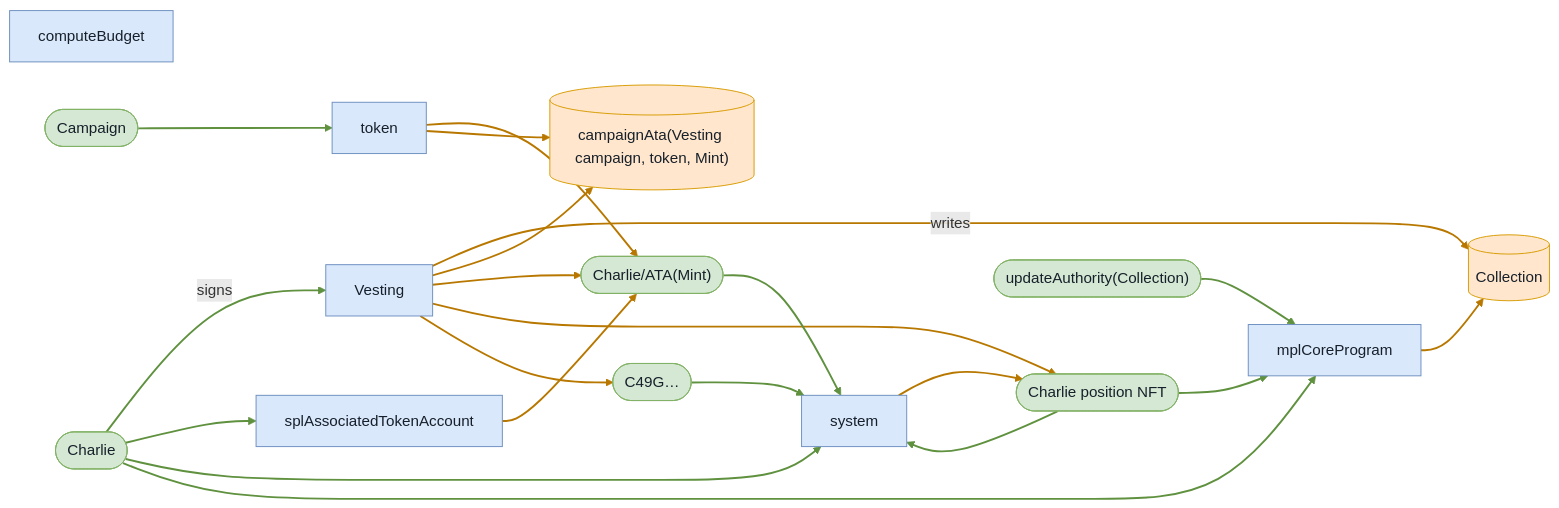
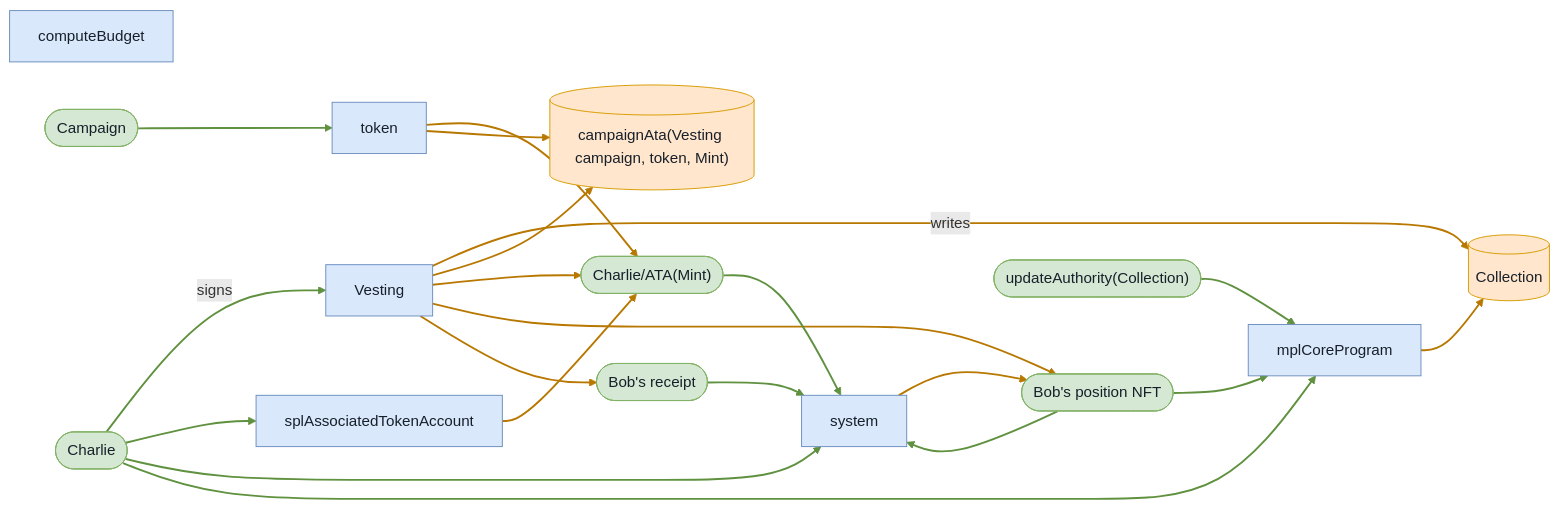
One commit to cds-turbin3/vesting-position changed diagram 11 of 36 in babelfish-tests/test-report/full_lifecycle.md. Above: the diagram before and after it, drawn with Mermaid. The commit also changed other lines of this file and 104 other files, not shown here.

````diff
--- a/babelfish-tests/test-report/full_lifecycle.md
+++ b/babelfish-tests/test-report/full_lifecycle.md
@@ -606,42 +606,42 @@
 ```mermaid
 flowchart LR
     computeBudget["computeBudget"]:::program
     Vesting["Vesting"]:::program
     Charlie(["Charlie"]):::signer
     Collection[("Collection")]:::state
     campaignAtaVestingcampaigntokenMint[("campaignAta(Vesting campaign, token, Mint)")]:::state
     CharlieATAMint(["Charlie/ATA(Mint)"]):::signer
-    CharliepositionNFT(["Charlie position NFT"]):::signer
-    C49G(["C49G…"]):::signer
+    BobspositionNFT(["Bob's position NFT"]):::signer
+    Bobsreceipt(["Bob's receipt"]):::signer
     splAssociatedTokenAccount["splAssociatedTokenAccount"]:::program
     token["token"]:::program
     system["system"]:::program
     mplCoreProgram["mplCoreProgram"]:::program
     updateAuthorityCollection(["updateAuthority(Collection)"]):::signer
     Campaign(["Campaign"]):::signer
     Charlie -->|signs| Vesting
     Vesting -->|writes| Collection
     Vesting --> campaignAtaVestingcampaigntokenMint
     Vesting --> CharlieATAMint
-    Vesting --> CharliepositionNFT
-    Vesting --> C49G
+    Vesting --> BobspositionNFT
+    Vesting --> Bobsreceipt
     Charlie --> splAssociatedTokenAccount
     splAssociatedTokenAccount --> CharlieATAMint
     Charlie --> system
     CharlieATAMint --> system
     token --> CharlieATAMint
-    C49G --> system
-    CharliepositionNFT --> mplCoreProgram
+    Bobsreceipt --> system
+    BobspositionNFT --> mplCoreProgram
     mplCoreProgram --> Collection
     updateAuthorityCollection --> mplCoreProgram
     Charlie --> mplCoreProgram
-    CharliepositionNFT --> system
-    system --> CharliepositionNFT
+    BobspositionNFT --> system
+    system --> BobspositionNFT
     token --> campaignAtaVestingcampaigntokenMint
     Campaign --> token
     classDef program fill:#dae8fc,stroke:#6c8ebf,color:#17202a;
     classDef signer fill:#d5e8d4,stroke:#82b366,color:#17202a;
     classDef state fill:#ffe6cc,stroke:#d79b00,color:#17202a;
     linkStyle 0,6,8,9,11,12,14,15,16,19 stroke:#5f913f,stroke-width:2px
     linkStyle 1,2,3,4,5,7,10,13,17,18 stroke:#b87800,stroke-width:2px
 ```
````
